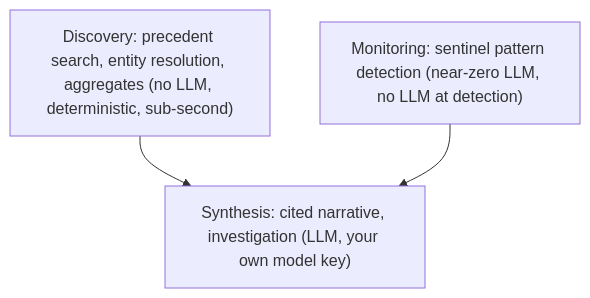
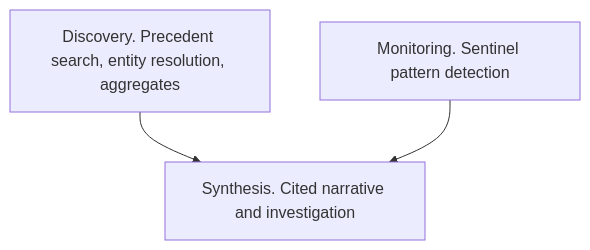
Before and after one commit to vH3-Digital/docs: the diagram in guides/why-vertical-intelligence-wins.mdx, drawn with Mermaid. The commit also changed other lines of this file and 5 other files, not shown here.

````diff
--- a/guides/why-vertical-intelligence-wins.mdx
+++ b/guides/why-vertical-intelligence-wins.mdx
@@ -54,8 +56,8 @@
 ```mermaid
 flowchart TD
-    D["Discovery: precedent search, entity resolution, aggregates (no LLM, deterministic, sub-second)"]
-    M["Monitoring: sentinel pattern detection (near-zero LLM, no LLM at detection)"]
-    S["Synthesis: cited narrative, investigation (LLM, your own model key)"]
+    D["Discovery. Precedent search, entity resolution, aggregates"]
+    M["Monitoring. Sentinel pattern detection"]
+    S["Synthesis. Cited narrative and investigation"]
     D --> S
     M --> S
 ```
````
